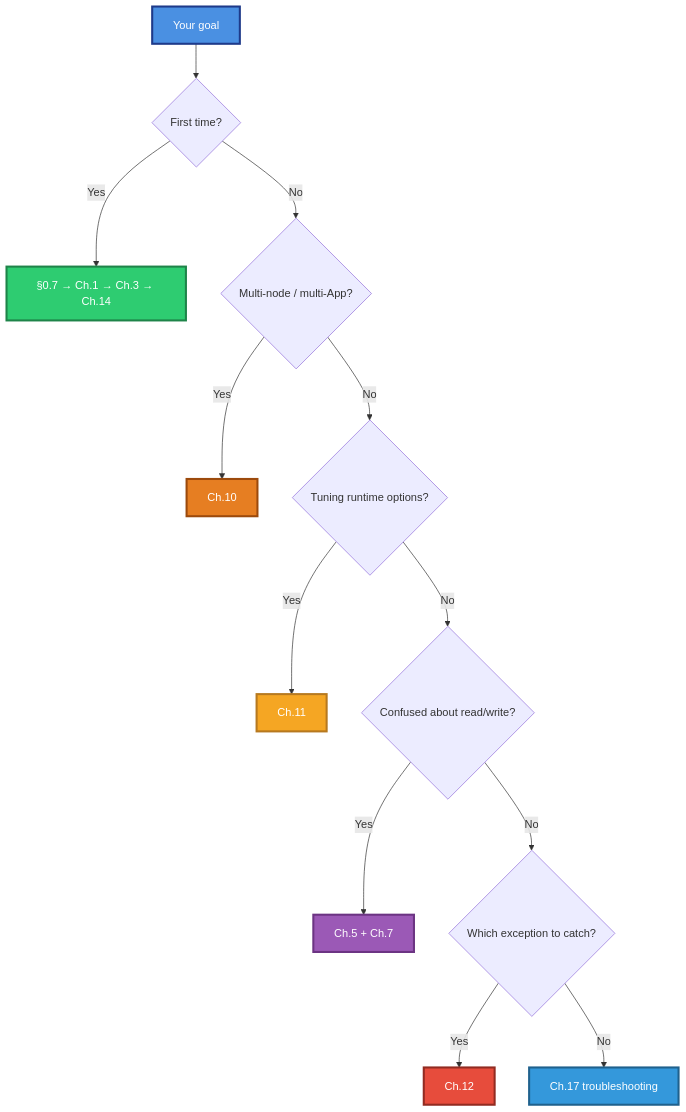
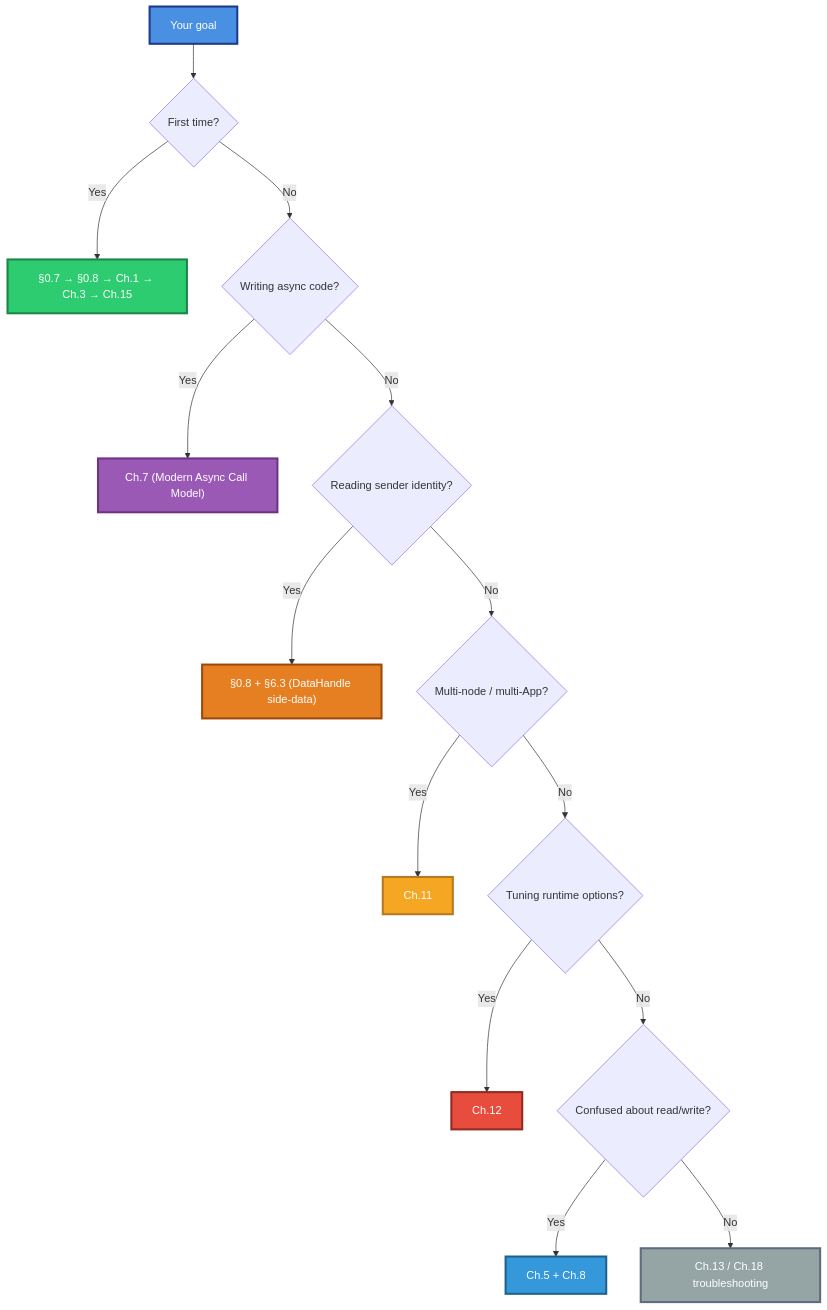
Before and after one commit to PassByYou888/LingoFuse: the second of 26 diagrams in cpp/LingoFuse_Cpp_Knowledge_Base.md, drawn with Mermaid. The commit also changed other lines of this file and 78 other files, not shown here.

````diff
--- a/cpp/LingoFuse_Cpp_Knowledge_Base.md
+++ b/cpp/LingoFuse_Cpp_Knowledge_Base.md
@@ -132,22 +141,25 @@
 ```mermaid
 flowchart TD
     S["Your goal"] --> Q1{"First time?"}
-    Q1 -- Yes --> R1["§0.7 → Ch.1 → Ch.3 → Ch.14"]
-    Q1 -- No --> Q2{"Multi-node / multi-App?"}
-    Q2 -- Yes --> R2["Ch.10"]
-    Q2 -- No --> Q3{"Tuning runtime options?"}
-    Q3 -- Yes --> R3["Ch.11"]
-    Q3 -- No --> Q4{"Confused about read/write?"}
-    Q4 -- Yes --> R4["Ch.5 + Ch.7"]
-    Q4 -- No --> Q5{"Which exception to catch?"}
+    Q1 -- Yes --> R1["§0.7 → §0.8 → Ch.1 → Ch.3 → Ch.15"]
+    Q1 -- No --> Q2{"Writing async code?"}
+    Q2 -- Yes --> R2["Ch.7 (Modern Async Call Model)"]
+    Q2 -- No --> Q3{"Reading sender identity?"}
+    Q3 -- Yes --> R3["§0.8 + §6.3 (DataHandle side-data)"]
+    Q3 -- No --> Q4{"Multi-node / multi-App?"}
+    Q4 -- Yes --> R4["Ch.11"]
+    Q4 -- No --> Q5{"Tuning runtime options?"}
     Q5 -- Yes --> R5["Ch.12"]
-    Q5 -- No --> R6["Ch.17 troubleshooting"]
+    Q5 -- No --> Q6{"Confused about read/write?"}
+    Q6 -- Yes --> R6["Ch.5 + Ch.8"]
+    Q6 -- No --> R7["Ch.13 / Ch.18 troubleshooting"]
 
     style S fill:#4A90E2,stroke:#1E3A8A,stroke-width:3px,color:#FFFFFF
     style R1 fill:#2ECC71,stroke:#1E8449,stroke-width:3px,color:#FFFFFF
-    style R2 fill:#E67E22,stroke:#9C4A0C,stroke-width:3px,color:#FFFFFF
-    style R3 fill:#F5A623,stroke:#B7791F,stroke-width:3px,color:#FFFFFF
-    style R4 fill:#9B59B6,stroke:#6C3483,stroke-width:3px,color:#FFFFFF
+    style R2 fill:#9B59B6,stroke:#6C3483,stroke-width:3px,color:#FFFFFF
+    style R3 fill:#E67E22,stroke:#9C4A0C,stroke-width:3px,color:#FFFFFF
+    style R4 fill:#F5A623,stroke:#B7791F,stroke-width:3px,color:#FFFFFF
     style R5 fill:#E74C3C,stroke:#922B21,stroke-width:3px,color:#FFFFFF
     style R6 fill:#3498DB,stroke:#1F618D,stroke-width:3px,color:#FFFFFF
+    style R7 fill:#95A5A6,stroke:#5D6D7E,stroke-width:3px,color:#FFFFFF
 ```
````
